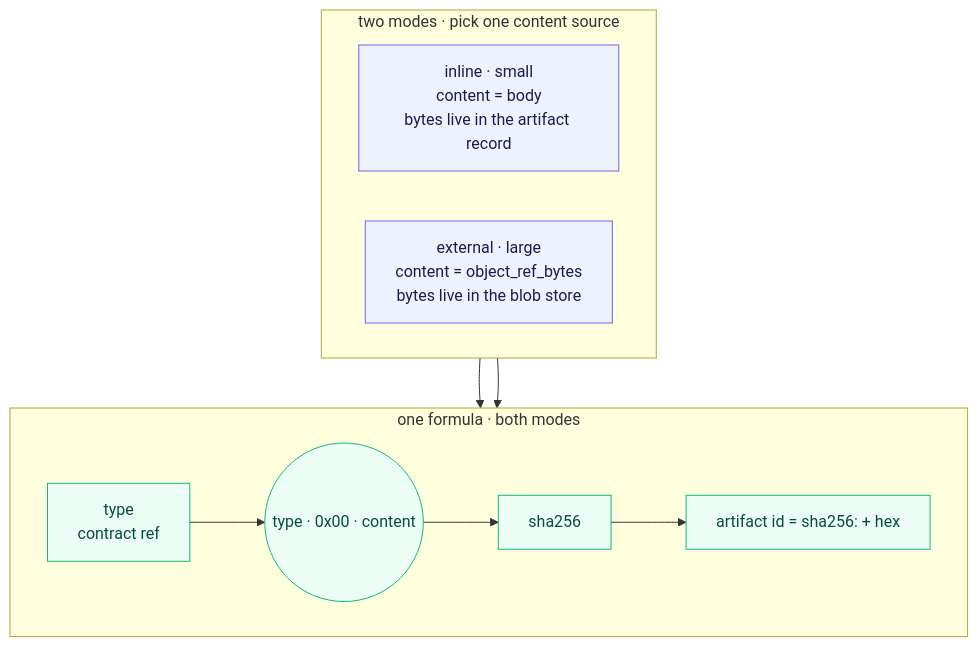
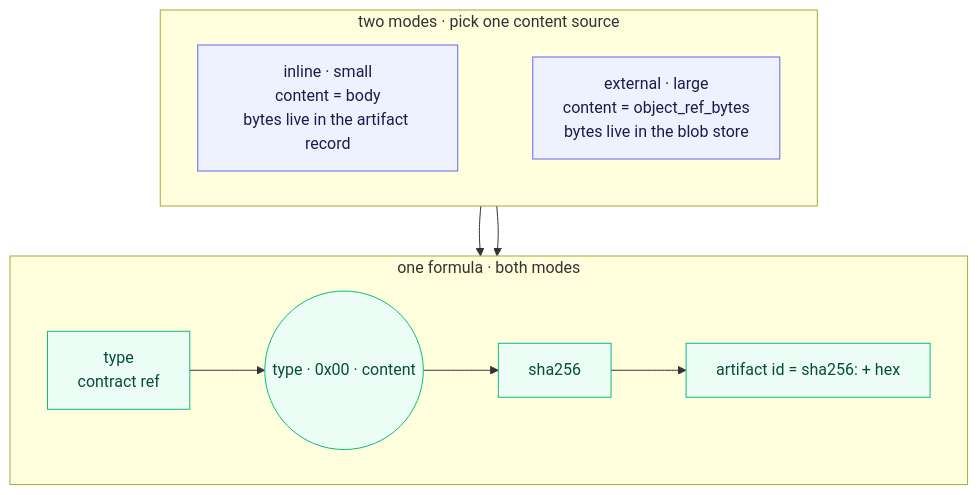
Before and after one commit to philcantcode/srcport-substrate: the fourth of 8 diagrams in README.md, drawn with Mermaid. The commit also changed other lines of this file, not shown here.

First line of the commit message:
docs(readme): clarify architecture diagrams and run sequence

````diff
--- a/README.md
+++ b/README.md
@@ -192,22 +176,21 @@
 ```mermaid
 flowchart TB
     subgraph Modes["two modes · pick one content source"]
         direction LR
-        BI["inline · small<br/>content = body<br/>bytes live in the artifact record"]
-        BE["external · large<br/>content = object_ref_bytes<br/>bytes live in the blob store"]
+        BI["inline · small<br/>content = body<br/>bytes live in the artifact record"] ~~~ BE["external · large<br/>content = object_ref_bytes<br/>bytes live in the blob store"]
     end
 
     subgraph Formula["one formula · both modes"]
         direction LR
         T["type<br/>contract ref"] --> C(("type · 0x00 · content"))
         C --> S["sha256"] --> ID["artifact id = sha256: + hex"]
     end
 
     BI --> C
     BE --> C
 
     classDef n fill:#ecfdf5,stroke:#10b981,color:#064e3b;
     classDef m fill:#eef2ff,stroke:#6366f1,color:#1e1b4b;
     class T,C,S,ID n;
     class BI,BE m;
 ```
````
